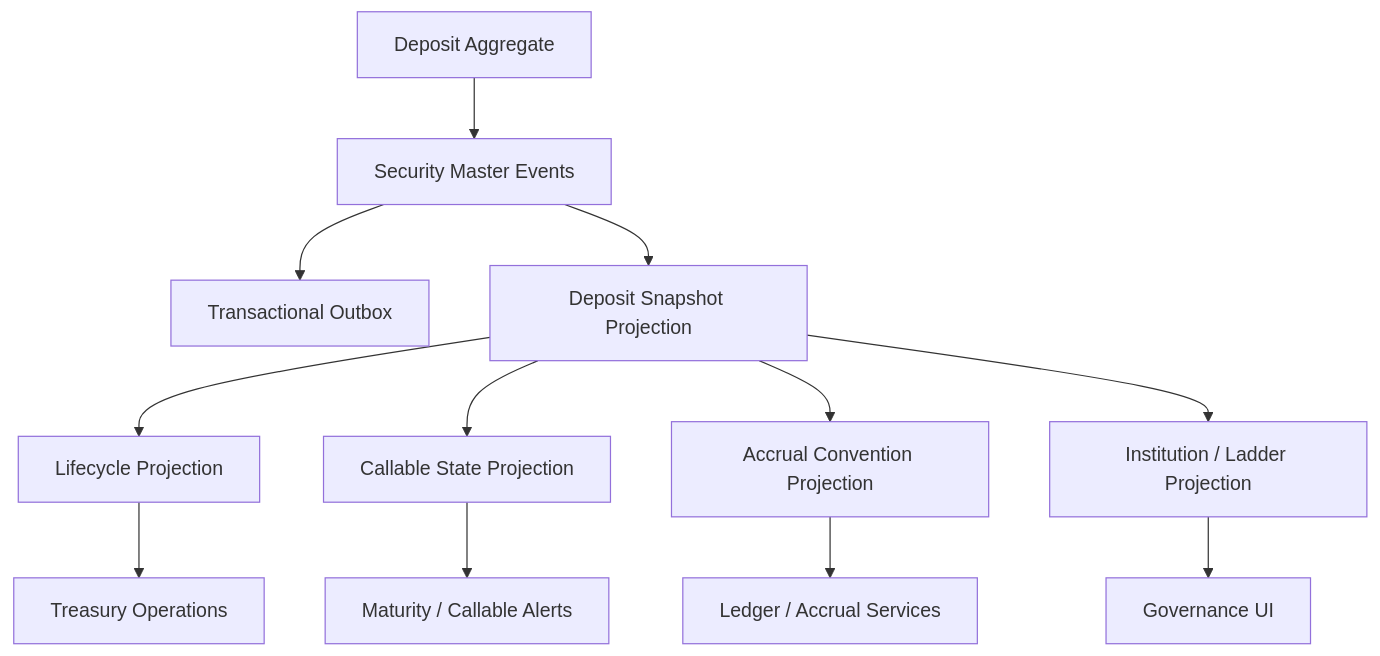
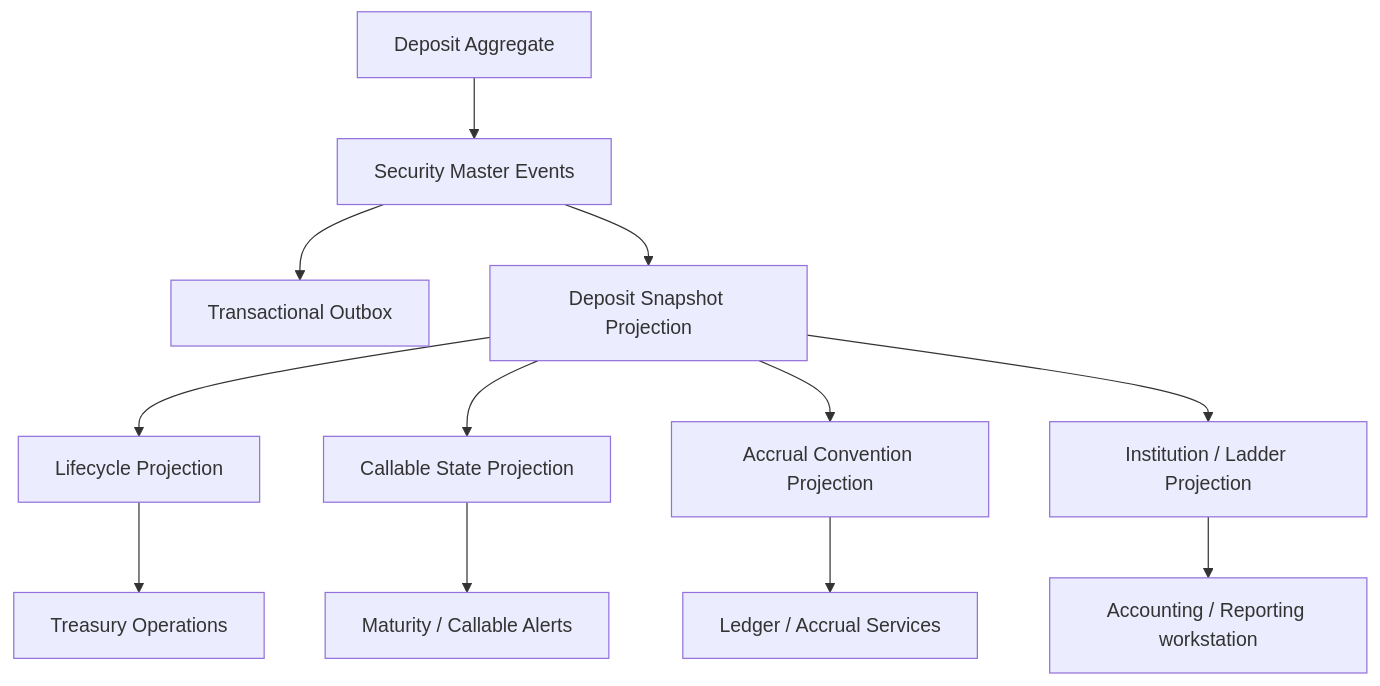
Before and after one commit to rodoHasArrived/Meridian-main: the diagram in docs/plans/ufl-deposit-target-state-v2.md, drawn with Mermaid. The commit also changed 51 other files, not shown here.

````diff
--- a/docs/plans/ufl-deposit-target-state-v2.md
+++ b/docs/plans/ufl-deposit-target-state-v2.md
@@ -59,16 +59,16 @@
 ```mermaid
 flowchart TD
     Deposit["Deposit Aggregate"] --> DepositEvents["Security Master Events"]
     DepositEvents --> Outbox["Transactional Outbox"]
     DepositEvents --> Snapshot["Deposit Snapshot Projection"]
 
     Snapshot --> Lifecycle["Lifecycle Projection"]
     Snapshot --> Callable["Callable State Projection"]
     Snapshot --> Accrual["Accrual Convention Projection"]
     Snapshot --> Institution["Institution / Ladder Projection"]
 
     Lifecycle --> Treasury["Treasury Operations"]
     Callable --> Alerts["Maturity / Callable Alerts"]
     Accrual --> Ledger["Ledger / Accrual Services"]
-    Institution --> Governance["Governance UI"]
+    Institution --> Governance["Accounting / Reporting workstation"]
 ```
````
